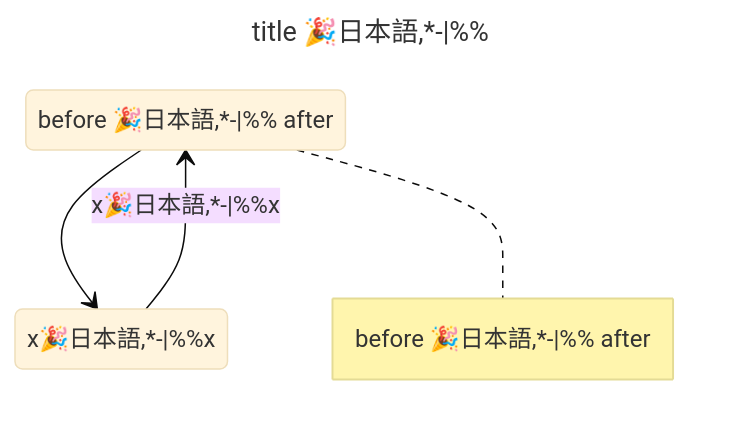
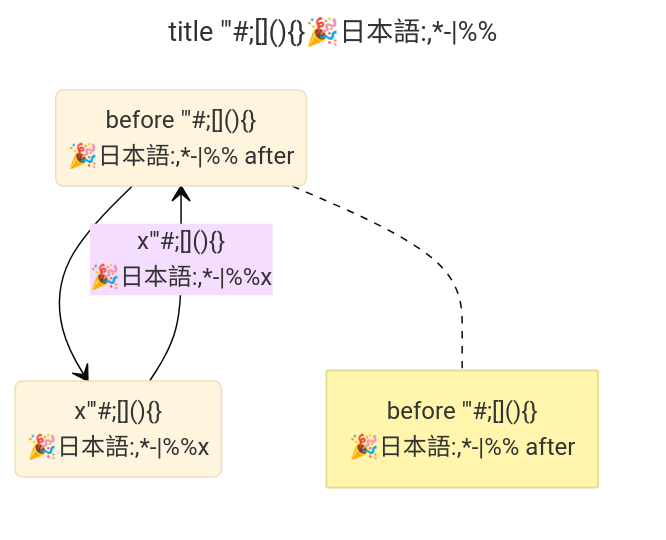
The diagram in doc/edgecase/state.md (nao1215/markdown), drawn with Mermaid (base theme) before and after one commit. The commit also changed 4 other files, not shown here.

````diff
--- a/doc/edgecase/state.md
+++ b/doc/edgecase/state.md
@@ -5,11 +5,11 @@
 ```mermaid
 ---
-title: "title 🎉日本語,*-|%%"
+title: "title \"'#;[](){}🎉日本語:,*-|%%"
 ---
 stateDiagram-v2
-    Draft : before 🎉日本語,*-|%% after
-    Placed : x🎉日本語,*-|%%x
+    Draft : before "'##59;[](){}<br/>🎉日本語:,*-|%% after
+    Placed : x"'##59;[](){}<br/>🎉日本語:,*-|%%x
     Draft --> Placed
-    Placed --> Draft : x🎉日本語,*-|%%x
-    note right of Draft : before 🎉日本語,*-|%% after
+    Placed --> Draft : x"'##59;[](){}<br/>🎉日本語:,*-|%%x
+    note right of Draft : before "'##59;[](){}<br/>🎉日本語#58;,*-|%% after
 ```
````
